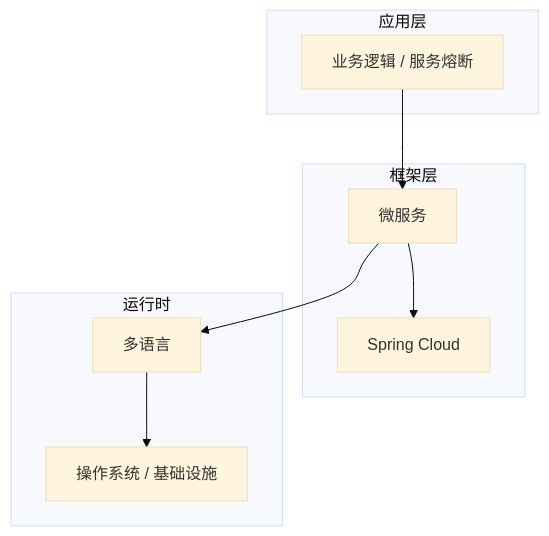
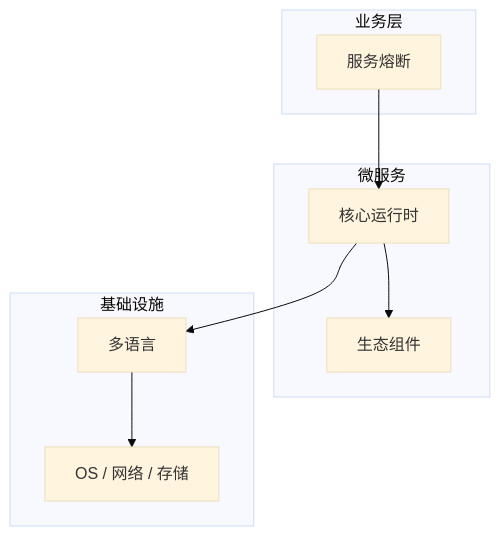
The diagram in articles/微服务架构/chapters/044-服务熔断核心概念与原理.md (yanggan2015/knowledge-json-v2), drawn with Mermaid (base theme) before and after one commit. The commit also changed other lines of this file and 10127 other files, not shown here.

````diff
--- a/articles/微服务架构/chapters/044-服务熔断核心概念与原理.md
+++ b/articles/微服务架构/chapters/044-服务熔断核心概念与原理.md
@@ -45,18 +34,18 @@
 ```mermaid
 graph TB
-    subgraph 应用层
-        A[业务逻辑 / 服务熔断]
+    subgraph 业务层
+        A[服务熔断]
     end
-    subgraph 框架层
-        B[微服务]
-        C[Spring Cloud]
+    subgraph 微服务
+        B[核心运行时]
+        C[生态组件]
     end
-    subgraph 运行时
+    subgraph 基础设施
         D[多语言]
-        E[操作系统 / 基础设施]
+        E[OS / 网络 / 存储]
     end
     A --> B
     B --> C
     B --> D
     D --> E
 ```
````
